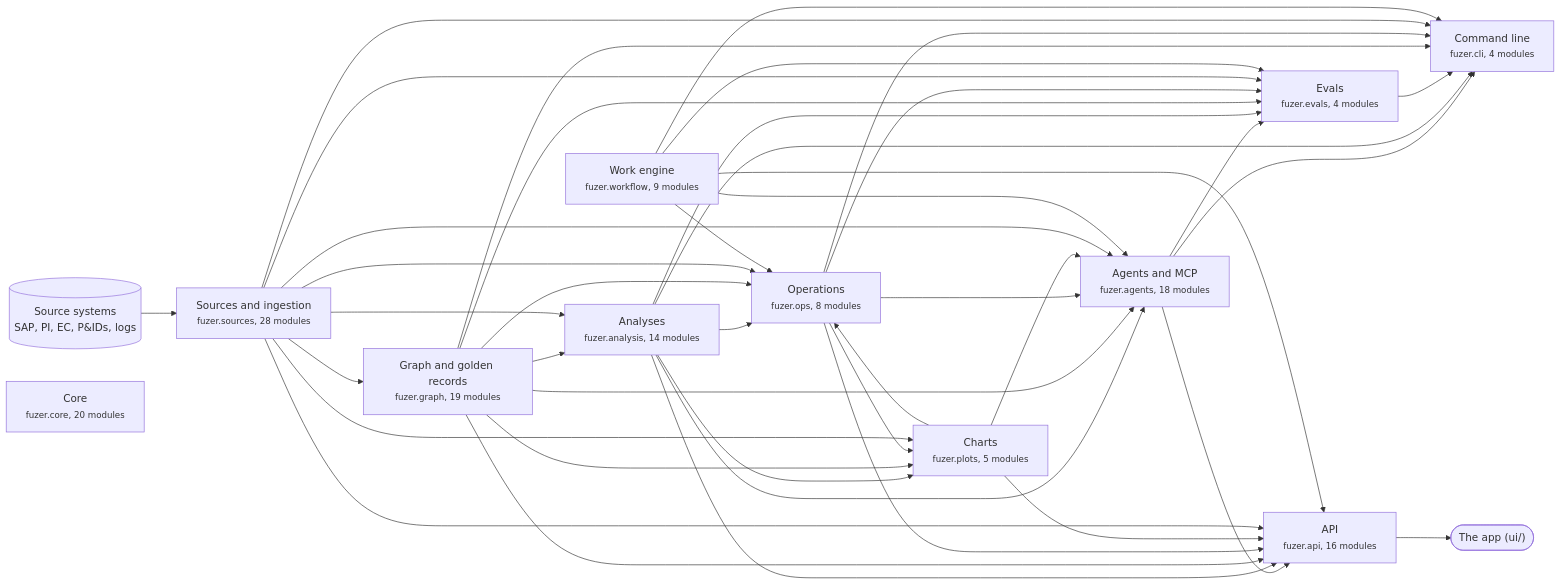
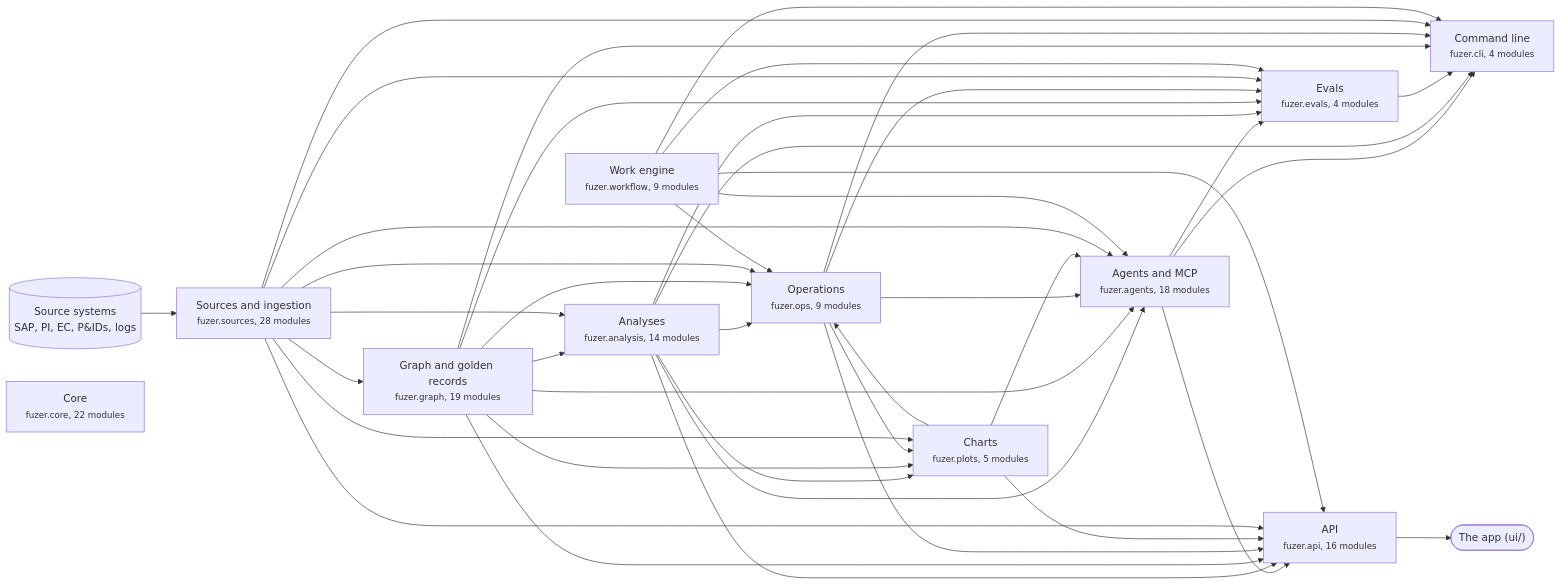
Before and after one commit to areed145/fuzer: the first of 3 diagrams in docs/architecture.md, drawn with Mermaid. The commit also changed other lines of this file and 10 other files, not shown here.

````diff
--- a/docs/architecture.md
+++ b/docs/architecture.md
@@ -8,66 +8,66 @@
 ```mermaid
 flowchart LR
   systems[("Source systems<br>SAP, PI, EC, P&IDs, logs")] --> c_sources
   app(["The app (ui/)"])
   c_api --> app
   c_sources["Sources and ingestion<br><small>fuzer.sources, 28 modules</small>"]
   c_graph["Graph and golden records<br><small>fuzer.graph, 19 modules</small>"]
   c_analysis["Analyses<br><small>fuzer.analysis, 14 modules</small>"]
-  c_ops["Operations<br><small>fuzer.ops, 8 modules</small>"]
+  c_ops["Operations<br><small>fuzer.ops, 9 modules</small>"]
   c_plots["Charts<br><small>fuzer.plots, 5 modules</small>"]
   c_workflow["Work engine<br><small>fuzer.workflow, 9 modules</small>"]
   c_agents["Agents and MCP<br><small>fuzer.agents, 18 modules</small>"]
   c_evals["Evals<br><small>fuzer.evals, 4 modules</small>"]
   c_api["API<br><small>fuzer.api, 16 modules</small>"]
   c_cli["Command line<br><small>fuzer.cli, 4 modules</small>"]
-  c_core["Core<br><small>fuzer.core, 20 modules</small>"]
+  c_core["Core<br><small>fuzer.core, 22 modules</small>"]
   c_sources --> c_graph
   c_graph --> c_analysis
   c_sources --> c_analysis
   c_analysis --> c_ops
   c_graph --> c_ops
   c_plots --> c_ops
   c_sources --> c_ops
   c_workflow --> c_ops
   c_analysis --> c_plots
   c_graph --> c_plots
   c_ops --> c_plots
   c_sources --> c_plots
   c_analysis --> c_agents
   c_graph --> c_agents
   c_ops --> c_agents
   c_plots --> c_agents
   c_sources --> c_agents
   c_workflow --> c_agents
   c_agents --> c_evals
   c_analysis --> c_evals
   c_graph --> c_evals
   c_ops --> c_evals
   c_sources --> c_evals
   c_workflow --> c_evals
   c_agents --> c_api
   c_analysis --> c_api
   c_graph --> c_api
   c_ops --> c_api
   c_plots --> c_api
   c_sources --> c_api
   c_workflow --> c_api
   c_agents --> c_cli
   c_analysis --> c_cli
   c_evals --> c_cli
   c_graph --> c_cli
   c_ops --> c_cli
   c_sources --> c_cli
   c_workflow --> c_cli
   click c_sources "https://github.com/areed145/fuzer/tree/main/src/fuzer/sources"
   click c_graph "https://github.com/areed145/fuzer/tree/main/src/fuzer/graph"
   click c_analysis "https://github.com/areed145/fuzer/tree/main/src/fuzer/analysis"
   click c_ops "https://github.com/areed145/fuzer/tree/main/src/fuzer/ops"
   click c_plots "https://github.com/areed145/fuzer/tree/main/src/fuzer/plots"
   click c_workflow "https://github.com/areed145/fuzer/tree/main/src/fuzer/workflow"
   click c_agents "https://github.com/areed145/fuzer/tree/main/src/fuzer/agents"
   click c_evals "https://github.com/areed145/fuzer/tree/main/src/fuzer/evals"
   click c_api "https://github.com/areed145/fuzer/tree/main/src/fuzer/api"
   click c_cli "https://github.com/areed145/fuzer/tree/main/src/fuzer/cli"
   click c_core "https://github.com/areed145/fuzer/tree/main/src/fuzer/core"
 ```
````
